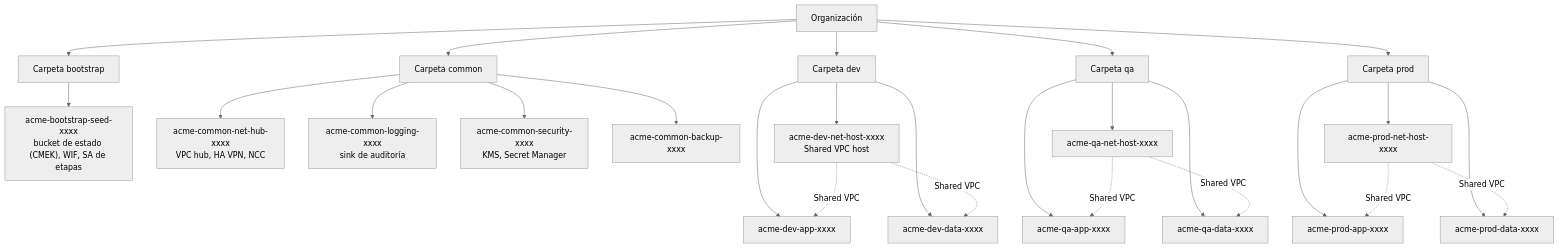
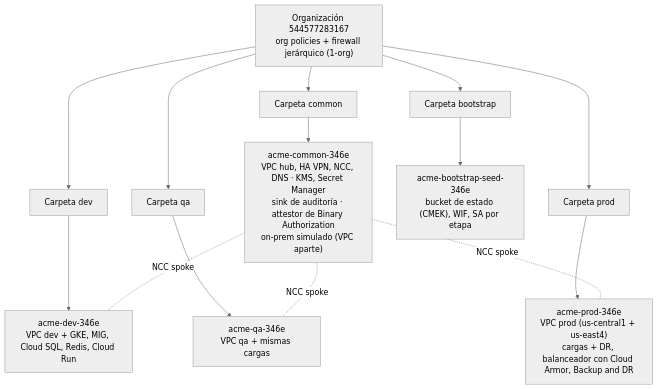
One commit to roccolpz/reto_banorte changed the diagram in gcp-datacenter/docs/diagrams/jerarquia.md. Above: the diagram before and after it, drawn with Mermaid (neutral theme). The commit also changed other lines of this file and 24 other files, not shown here.

First line of the commit message:
docs: cierre del simulacro de DR, diagramas actualizados y retiro del legado test-orchestration/network-host

````diff
--- a/gcp-datacenter/docs/diagrams/jerarquia.md
+++ b/gcp-datacenter/docs/diagrams/jerarquia.md
@@ -3,35 +6,19 @@
 ```mermaid
 flowchart TD
-  org["Organización"]
+  org["Organización 544577283167<br/>org policies + firewall jerárquico (1-org)"]
   org --> fb["Carpeta bootstrap"]
   org --> fc["Carpeta common"]
   org --> fd["Carpeta dev"]
   org --> fq["Carpeta qa"]
   org --> fp["Carpeta prod"]
 
-  fb --> seed["acme-bootstrap-seed-xxxx<br/>bucket de estado (CMEK), WIF, SA de etapas"]
+  fb --> seed["acme-bootstrap-seed-346e<br/>bucket de estado (CMEK), WIF, SA por etapa"]
+  fc --> common["acme-common-346e<br/>VPC hub, HA VPN, NCC, DNS · KMS, Secret Manager<br/>sink de auditoría · attestor de Binary Authorization<br/>on-prem simulado (VPC aparte)"]
+  fd --> dev["acme-dev-346e<br/>VPC dev + GKE, MIG, Cloud SQL, Redis, Cloud Run"]
+  fq --> qa["acme-qa-346e<br/>VPC qa + mismas cargas"]
+  fp --> prod["acme-prod-346e<br/>VPC prod (us-central1 + us-east4)<br/>cargas + DR, balanceador con Cloud Armor, Backup and DR"]
 
-  fc --> nethub["acme-common-net-hub-xxxx<br/>VPC hub, HA VPN, NCC"]
-  fc --> logging["acme-common-logging-xxxx<br/>sink de auditoría"]
-  fc --> security["acme-common-security-xxxx<br/>KMS, Secret Manager"]
-  fc --> backup["acme-common-backup-xxxx"]
-
-  fd --> dhost["acme-dev-net-host-xxxx<br/>Shared VPC host"]
-  fd --> dapp["acme-dev-app-xxxx"]
-  fd --> ddata["acme-dev-data-xxxx"]
-
-  fq --> qhost["acme-qa-net-host-xxxx"]
-  fq --> qapp["acme-qa-app-xxxx"]
-  fq --> qdata["acme-qa-data-xxxx"]
-
-  fp --> phost["acme-prod-net-host-xxxx"]
-  fp --> papp["acme-prod-app-xxxx"]
-  fp --> pdata["acme-prod-data-xxxx"]
-
-  dhost -. "Shared VPC" .-> dapp
-  dhost -. "Shared VPC" .-> ddata
-  qhost -. "Shared VPC" .-> qapp
-  qhost -. "Shared VPC" .-> qdata
-  phost -. "Shared VPC" .-> papp
-  phost -. "Shared VPC" .-> pdata
+  common -. "NCC spoke" .- dev
+  common -. "NCC spoke" .- qa
+  common -. "NCC spoke" .- prod
 ```
````
